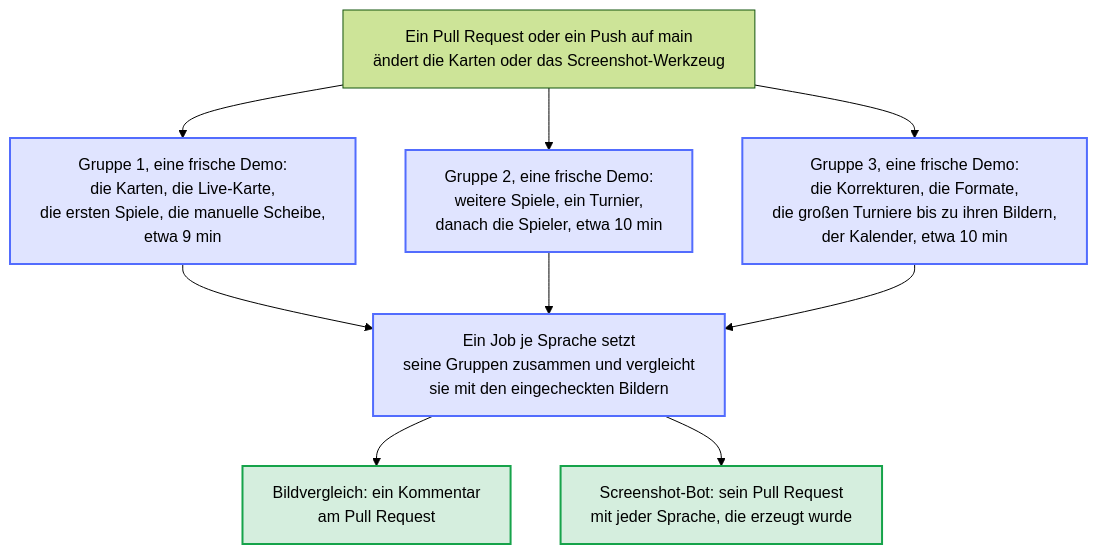
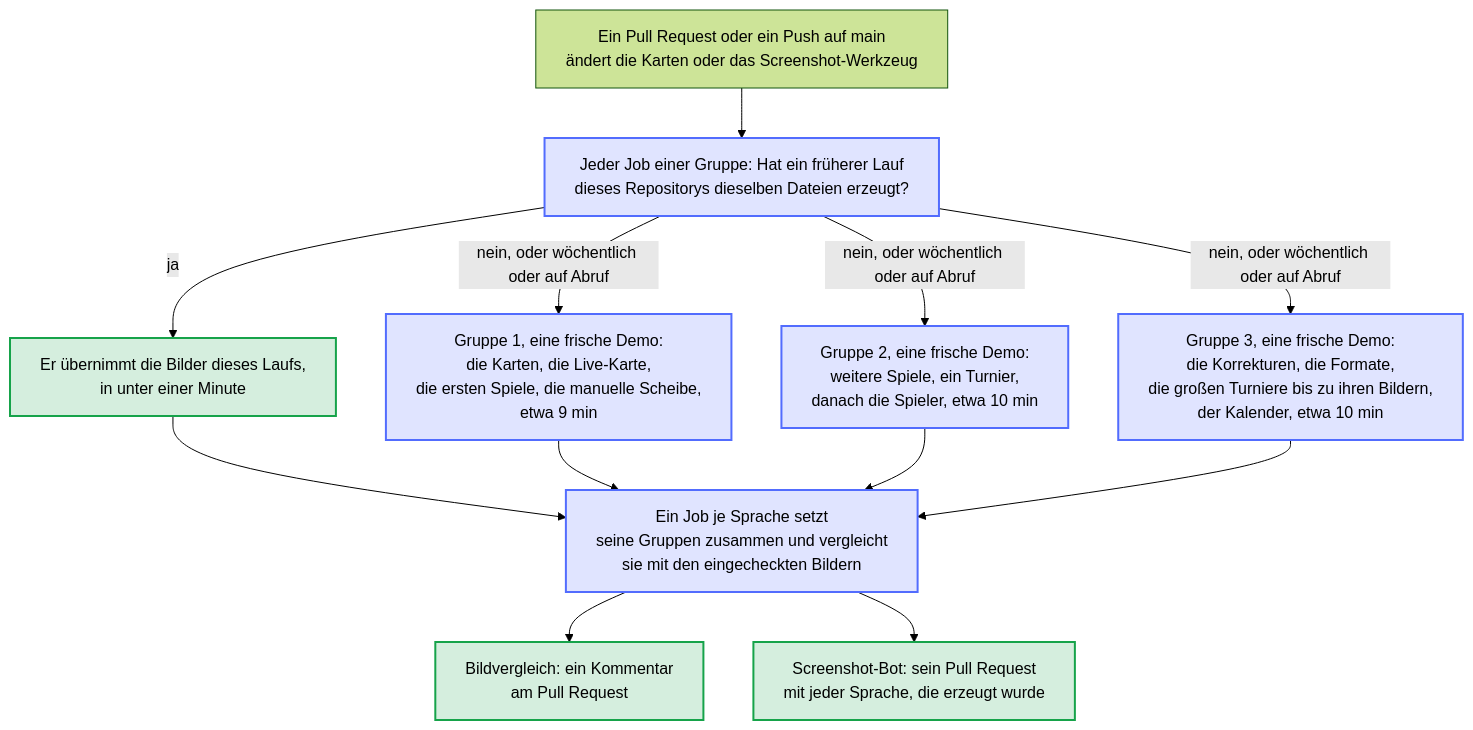
One commit to Dennis-Otto/homedarts-for-autodarts changed the diagram in docs/diagrams/screenshot-groups.de.mmd. Above: the diagram before and after it, drawn with Mermaid (forest theme). The commit also changed 20 other files, not shown here.

First line of the commit message:
perf(ci): render the documentation images once per input and let the screenshot bot reuse them (#500)

```diff
--- a/docs/diagrams/screenshot-groups.de.mmd
+++ b/docs/diagrams/screenshot-groups.de.mmd
@@ -1,21 +1,24 @@
 ---
 config:
   flowchart:
     wrappingWidth: 400
 ---
 flowchart TB
   accTitle: Wie Bildvergleich und Screenshot-Bot die Bilder in Gruppen erzeugen
-  accDescr: Jede Sprache wird in drei Gruppen gleichzeitig erzeugt, jede Gruppe auf einem eigenen Runner aus einer frischen Demo. Die Karten, die ersten Spiele und die Dartscheibe ohne Autodarts bilden Gruppe 1, weitere Spiele mit den Spielern Gruppe 2, die Korrekturen eines Darts, die Formate, die großen Turniere und der Kalender Gruppe 3. Danach setzt ein Job je Sprache die Bilder seiner drei Gruppen zusammen und vergleicht sie mit den eingecheckten Bildern. Der Bildvergleich schreibt den Vergleich in einen Kommentar am Pull Request; der Screenshot-Bot aktualisiert seinen Pull Request mit jeder Sprache, die erzeugt wurde.
+  accDescr: Jede Sprache wird in drei Gruppen gleichzeitig erzeugt, jede Gruppe auf einem eigenen Runner. Zuerst sucht jeder Job einer Gruppe einen früheren Lauf des Bildvergleichs oder des Screenshot-Bots auf einem Branch dieses Repositorys, der dieselben Dateien erzeugt hat; dessen Bilder übernimmt er in unter einer Minute. Sonst erzeugt er sie aus einer frischen Demo. Die Karten, die ersten Spiele und die Dartscheibe ohne Autodarts bilden Gruppe 1, weitere Spiele mit den Spielern Gruppe 2, die Korrekturen eines Darts, die Formate, die großen Turniere und der Kalender Gruppe 3. Danach setzt ein Job je Sprache die Bilder seiner drei Gruppen zusammen und vergleicht sie mit den eingecheckten Bildern. Der Bildvergleich schreibt den Vergleich in einen Kommentar am Pull Request; der Screenshot-Bot aktualisiert seinen Pull Request mit jeder Sprache, die erzeugt wurde.
 
-  START["Ein Pull Request oder ein Push auf main<br/>ändert die Karten oder das Screenshot-Werkzeug"] --> G1 & G2 & G3
+  START["Ein Pull Request oder ein Push auf main<br/>ändert die Karten oder das Screenshot-Werkzeug"] --> KEY
+  KEY["Jeder Job einer Gruppe: Hat ein früherer Lauf<br/>dieses Repositorys dieselben Dateien erzeugt?"]
+  KEY -->|"ja"| TAKE["Er übernimmt die Bilder dieses Laufs,<br/>in unter einer Minute"]
+  KEY -->|"nein, oder wöchentlich oder auf Abruf"| G1 & G2 & G3
   G1["Gruppe 1, eine frische Demo:<br/>die Karten, die Live-Karte,<br/>die ersten Spiele, die manuelle Scheibe,<br/>etwa 9 min"]
   G2["Gruppe 2, eine frische Demo:<br/>weitere Spiele, ein Turnier,<br/>danach die Spieler, etwa 10 min"]
   G3["Gruppe 3, eine frische Demo:<br/>die Korrekturen, die Formate,<br/>die großen Turniere bis zu ihren Bildern,<br/>der Kalender, etwa 10 min"]
-  G1 & G2 & G3 --> COLLECT["Ein Job je Sprache setzt<br/>seine Gruppen zusammen und vergleicht<br/>sie mit den eingecheckten Bildern"]
+  TAKE & G1 & G2 & G3 --> COLLECT["Ein Job je Sprache setzt<br/>seine Gruppen zusammen und vergleicht<br/>sie mit den eingecheckten Bildern"]
   COLLECT --> COMMENT["Bildvergleich: ein Kommentar<br/>am Pull Request"]
   COLLECT --> BOT["Screenshot-Bot: sein Pull Request<br/>mit jeder Sprache, die erzeugt wurde"]
 
   classDef bot fill:#526cfe2e,stroke:#526cfe,stroke-width:2px
   classDef done fill:#16a34a2e,stroke:#16a34a,stroke-width:2px
-  class G1,G2,G3,COLLECT bot
-  class COMMENT,BOT done
+  class KEY,G1,G2,G3,COLLECT bot
+  class TAKE,COMMENT,BOT done
```
